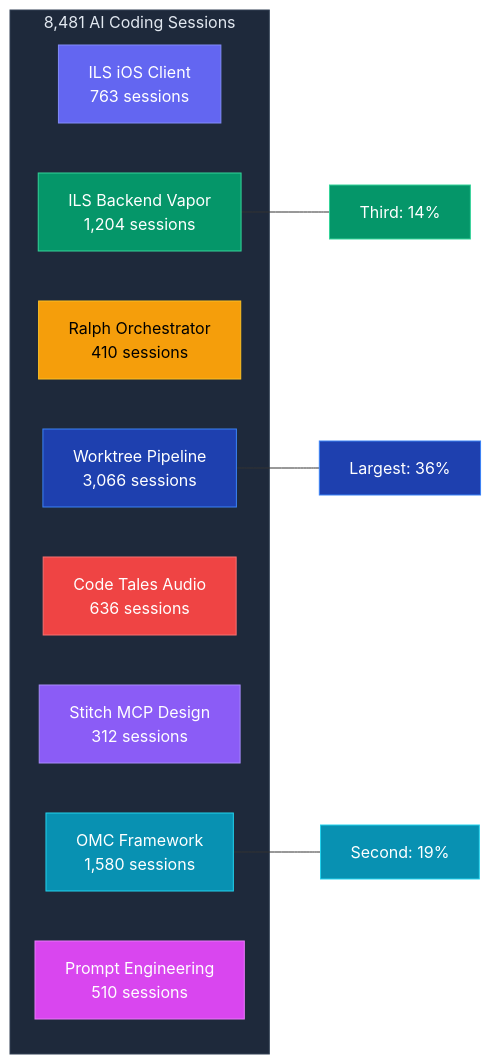
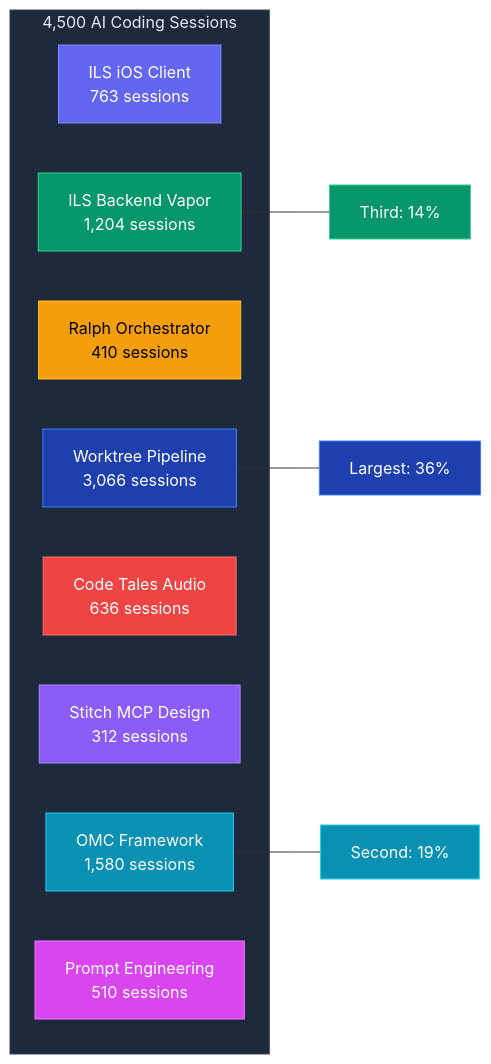
One commit to krzemienski/withagents changed the diagram in posts/post-01-series-launch/assets/post1-journey-timeline.mermaid. Above: the diagram before and after it, drawn with Mermaid. The commit also changed 362 other files, not shown here.

```diff
--- a/posts/post-01-series-launch/assets/post1-journey-timeline.mermaid
+++ b/posts/post-01-series-launch/assets/post1-journey-timeline.mermaid
@@ -1,28 +1,28 @@
 graph LR
-    subgraph sessions["8,481 AI Coding Sessions"]
+    subgraph sessions["4,500 AI Coding Sessions"]
         A["ILS iOS Client<br/>763 sessions"]
         B["ILS Backend Vapor<br/>1,204 sessions"]
         C["Ralph Orchestrator<br/>410 sessions"]
         D["Worktree Pipeline<br/>3,066 sessions"]
         E["Code Tales Audio<br/>636 sessions"]
         F["Stitch MCP Design<br/>312 sessions"]
         G["OMC Framework<br/>1,580 sessions"]
         H["Prompt Engineering<br/>510 sessions"]
     end
 
     D --- largest["Largest: 36%"]
     G --- second["Second: 19%"]
     B --- third["Third: 14%"]
 
     style sessions fill:#1e293b,stroke:#334155,color:#e2e8f0
     style A fill:#6366f1,stroke:#818cf8,color:#fff
     style B fill:#059669,stroke:#34d399,color:#fff
     style C fill:#f59e0b,stroke:#fbbf24,color:#000
     style D fill:#1e40af,stroke:#3b82f6,color:#fff
     style E fill:#ef4444,stroke:#f87171,color:#fff
     style F fill:#8b5cf6,stroke:#a78bfa,color:#fff
     style G fill:#0891b2,stroke:#22d3ee,color:#fff
     style H fill:#d946ef,stroke:#e879f9,color:#fff
     style largest fill:#1e40af,stroke:#3b82f6,color:#fff
     style second fill:#0891b2,stroke:#22d3ee,color:#fff
     style third fill:#059669,stroke:#34d399,color:#fff
```
